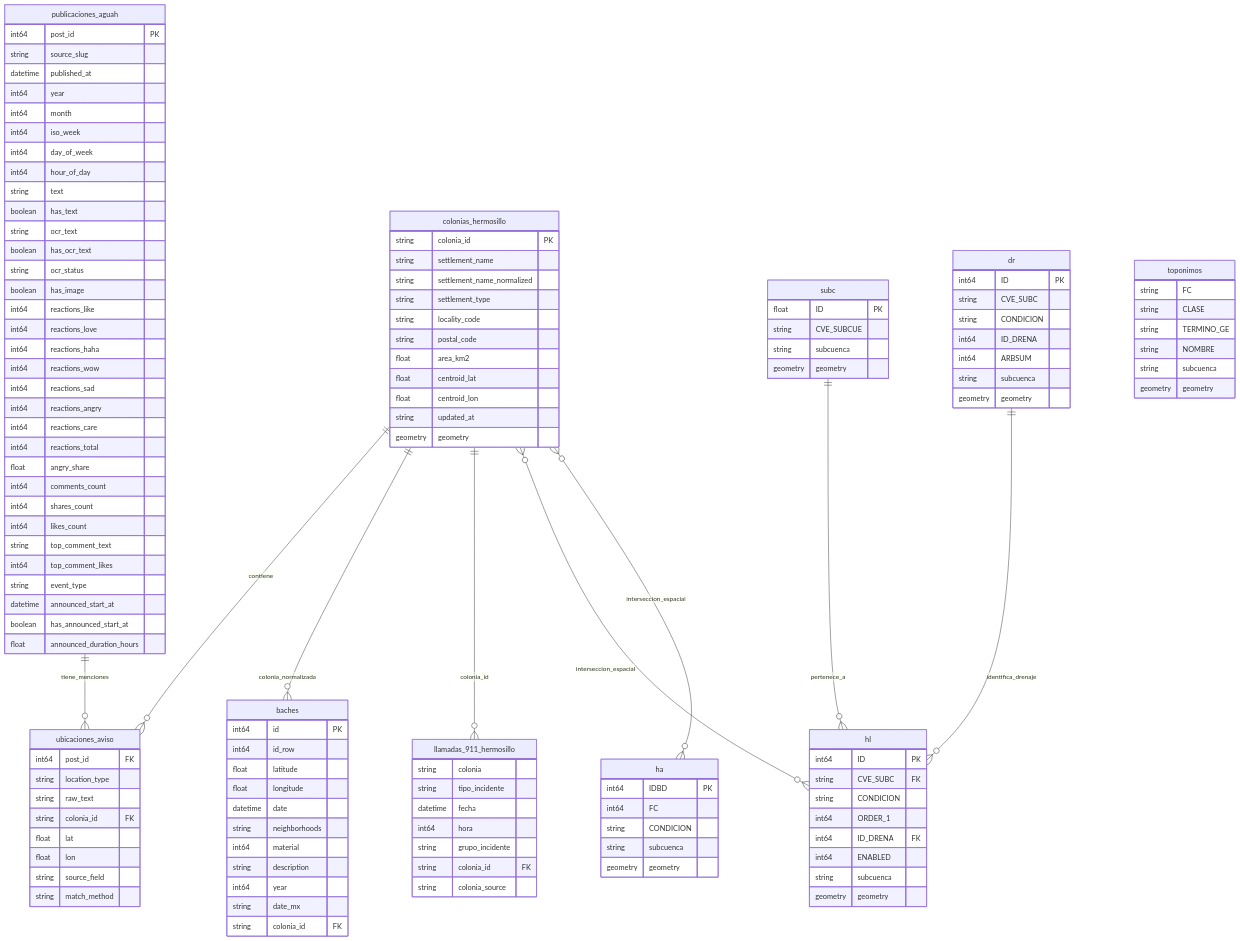
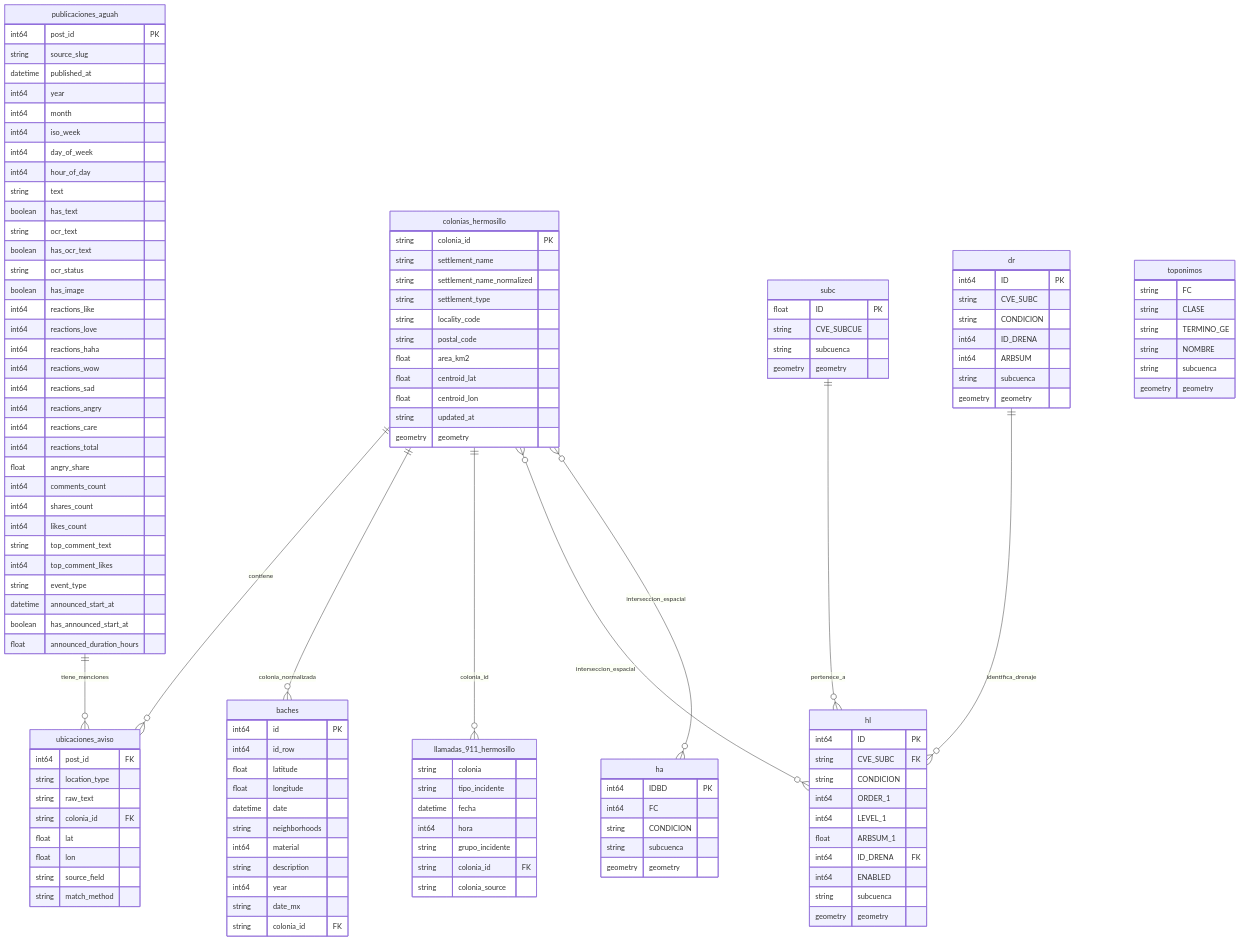
One commit to Mcd-2026-2-IngC-Team/proyecto-ingenieria-de-caracteristicas changed the diagram in references/esquema_datos.md. Above: the diagram before and after it, drawn with Mermaid. The commit also changed other lines of this file and 15 other files, not shown here.

```diff
--- a/references/esquema_datos.md
+++ b/references/esquema_datos.md
@@ -115,6 +115,8 @@
         string CVE_SUBC FK
         string CONDICION
         int64 ORDER_1
+        int64 LEVEL_1
+        float ARBSUM_1
         int64 ID_DRENA FK
         int64 ENABLED
         string subcuenca
```
